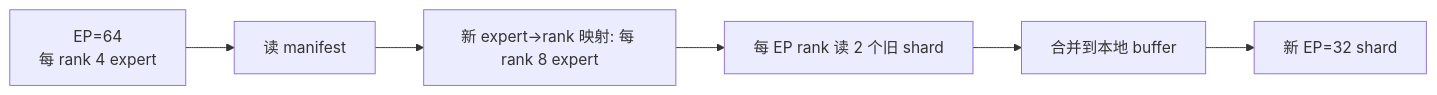
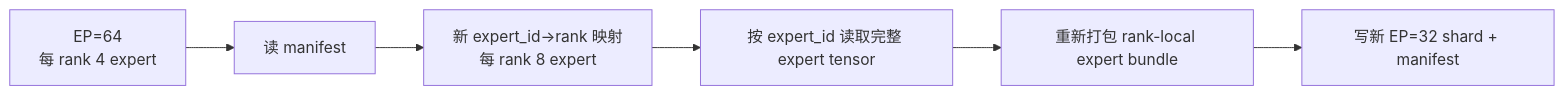
Before and after one commit to qxhy123/learn: the eighth of 11 diagrams in ai-infra-tutorial/part3-training-infra/09e-moe-training-infrastructure.md, drawn with Mermaid. The commit also changed other lines of this file and 6 other files, not shown here.

````diff
--- a/ai-infra-tutorial/part3-training-infra/09e-moe-training-infrastructure.md
+++ b/ai-infra-tutorial/part3-training-infra/09e-moe-training-infrastructure.md
@@ -510,8 +886,8 @@
 ```mermaid
 flowchart LR
   EP64[EP=64<br/>每 rank 4 expert] --> Plan[读 manifest]
-  Plan --> Map[新 expert→rank 映射: 每 rank 8 expert]
-  Map --> Read[每 EP rank 读 2 个旧 shard]
-  Read --> Merge[合并到本地 buffer]
-  Merge --> Write[新 EP=32 shard]
+  Plan --> Map[新 expert_id→rank 映射<br/>每 rank 8 expert]
+  Map --> Read[按 expert_id 读取完整 expert tensor]
+  Read --> Bundle[重新打包 rank-local expert bundle]
+  Bundle --> Write[写新 EP=32 shard + manifest]
 ```
````
